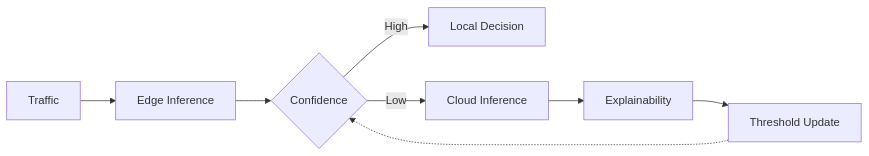
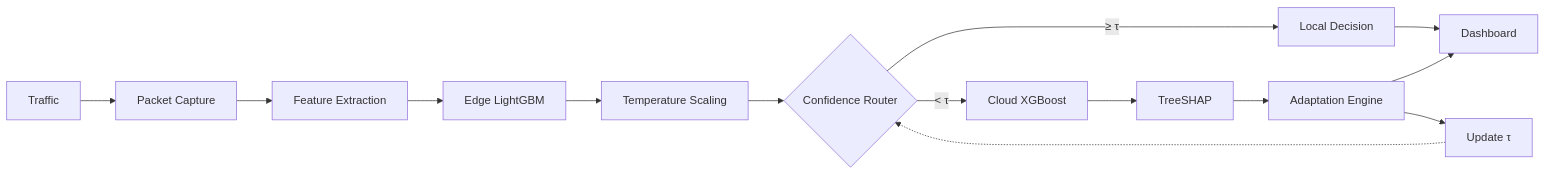
Before and after one commit to AtharvaVavhal/aecids: the first of 7 diagrams in README.md, drawn with Mermaid. The commit also changed other lines of this file, not shown here.

````diff
--- a/README.md
+++ b/README.md
@@ -178,10 +182,16 @@
 ```mermaid
 graph LR
-    A[Traffic] --> B[Edge Inference]
-    B --> C{Confidence}
-    C -->|High| D[Local Decision]
-    C -->|Low| E[Cloud Inference]
-    E --> F[Explainability]
-    F --> G[Threshold Update]
-    G -.-> C
+    A[Traffic] --> B[Packet Capture]
+    B --> C[Feature Extraction]
+    C --> D[Edge LightGBM]
+    D --> E[Temperature Scaling]
+    E --> F{Confidence Router}
+    F -->|"≥ τ"| G[Local Decision]
+    F -->|"< τ"| H[Cloud XGBoost]
+    H --> I[TreeSHAP]
+    I --> J[Adaptation Engine]
+    J --> K[Update τ]
+    K -.-> F
+    G --> L[Dashboard]
+    J --> L
 ```
````
